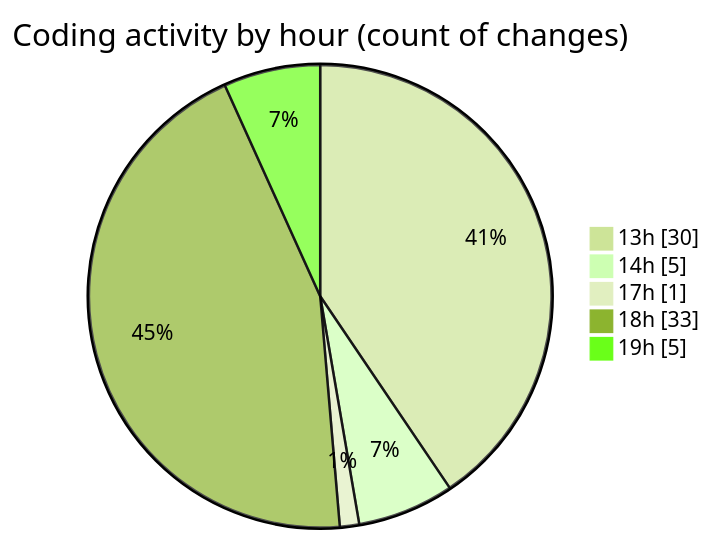
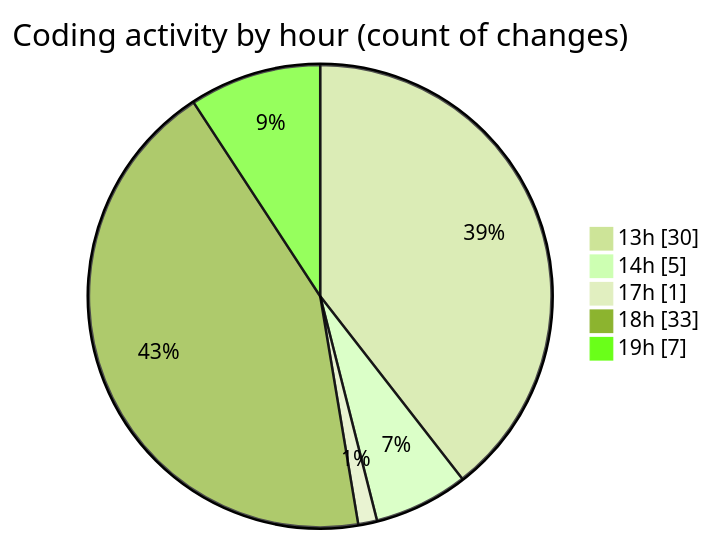
The second of 2 diagrams in 2025-01-14/mbc-web/README.md (robertbonfada/code-tracking), drawn with Mermaid (forest theme) before and after one commit. The commit also changed other lines of this file and 1 other file, not shown here.

````diff
--- a/2025-01-14/mbc-web/README.md
+++ b/2025-01-14/mbc-web/README.md
@@ -55,9 +55,9 @@
 ```mermaid
 pie showData
 title Coding activity by hour (count of changes)
 "13h" : 30
 "14h" : 5
 "17h" : 1
 "18h" : 33
-"19h" : 5
+"19h" : 7
 ```
````
